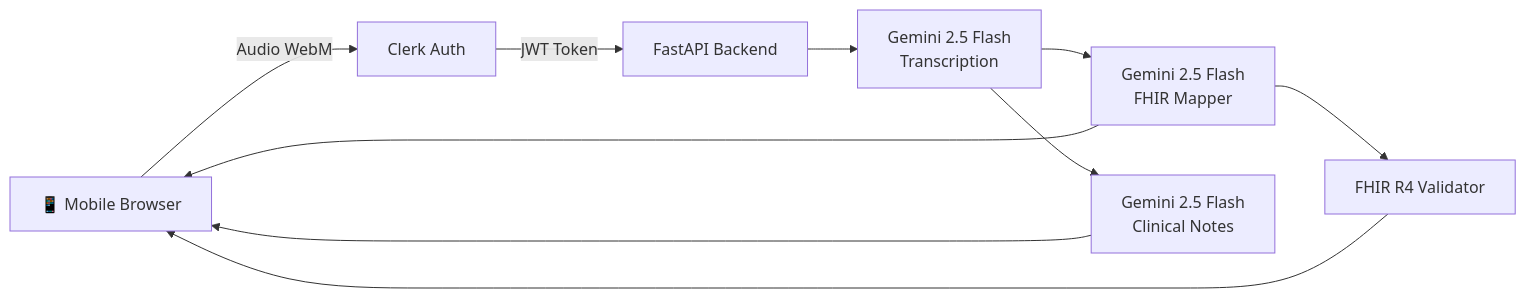
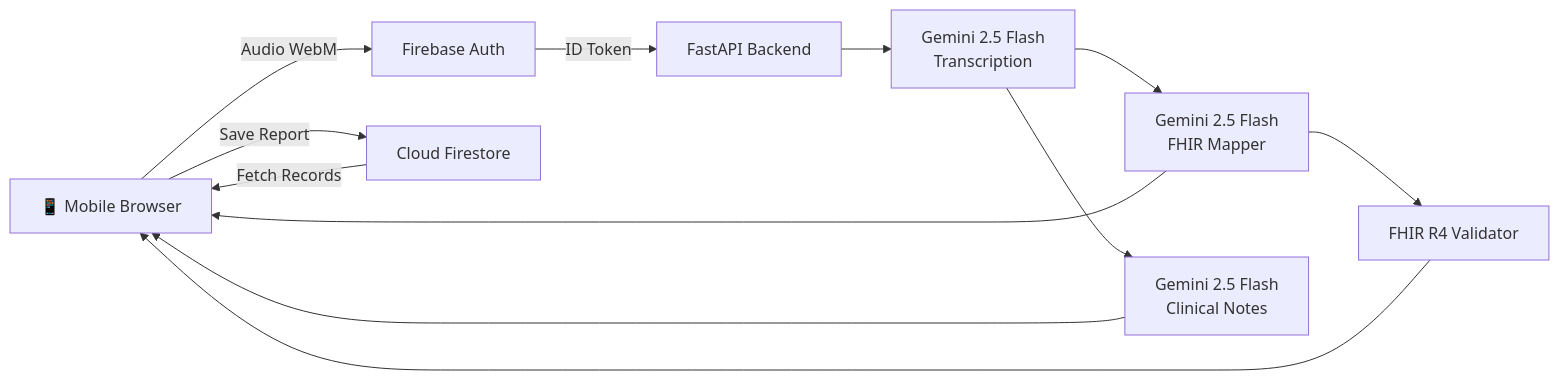
The diagram in README.md (Parth7234/fhir-scribe-app), drawn with Mermaid before and after one commit. The commit also changed other lines of this file and 17 other files, not shown here.

Commit message:
migrate auth from Clerk to Firebase with role-based dashboards

````diff
--- a/README.md
+++ b/README.md
@@ -61,12 +66,14 @@
 ```mermaid
 graph LR
-    A[📱 Mobile Browser] -->|Audio WebM| B[Clerk Auth]
-    B -->|JWT Token| C[FastAPI Backend]
+    A[📱 Mobile Browser] -->|Audio WebM| B[Firebase Auth]
+    B -->|ID Token| C[FastAPI Backend]
     C --> D[Gemini 2.5 Flash<br>Transcription]
     D --> E[Gemini 2.5 Flash<br>FHIR Mapper]
     D --> F[Gemini 2.5 Flash<br>Clinical Notes]
     E --> G[FHIR R4 Validator]
     E --> A
     F --> A
     G --> A
+    A -->|Save Report| H[Cloud Firestore]
+    H -->|Fetch Records| A
 ```
````
